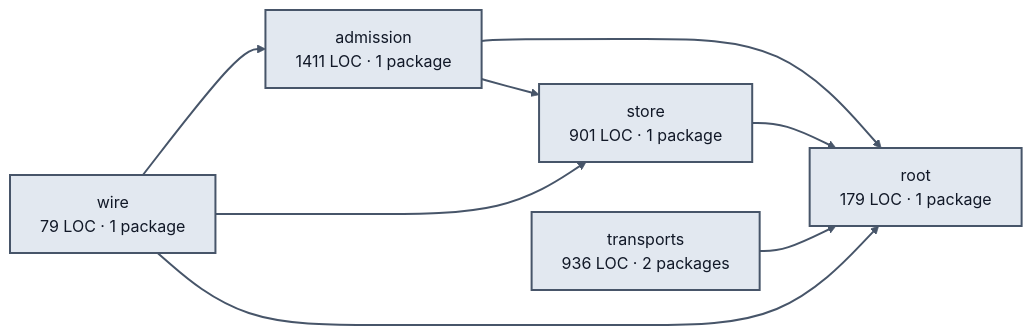
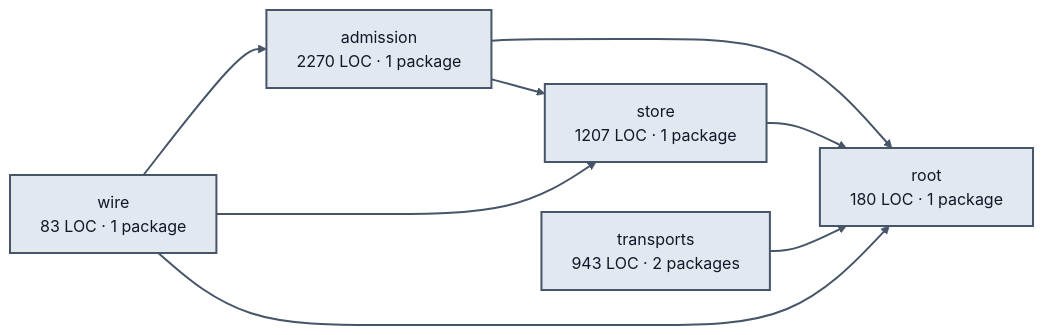
One commit to portpowered/you-agent-factory changed the diagram in docs/architecture/visualizations/services/agent_messages.md. Above: the diagram before and after it, drawn with Mermaid. The commit also changed other lines of this file and 21 other files, not shown here.

Commit message:
docs: refresh backend architecture visualizations

````diff
--- a/docs/architecture/visualizations/services/agent_messages.md
+++ b/docs/architecture/visualizations/services/agent_messages.md
@@ -11,21 +11,21 @@
 ```mermaid
 flowchart LR
-  p0["admission<br/>1411 LOC · 1 package"]
-  p1["store<br/>901 LOC · 1 package"]
-  p2["root<br/>179 LOC · 1 package"]
-  p3["transports<br/>936 LOC · 2 packages"]
-  p4["wire<br/>79 LOC · 1 package"]
+  p0["admission<br/>2270 LOC · 1 package"]
+  p1["store<br/>1207 LOC · 1 package"]
+  p2["root<br/>180 LOC · 1 package"]
+  p3["transports<br/>943 LOC · 2 packages"]
+  p4["wire<br/>83 LOC · 1 package"]
   p0 --> p1
   p0 --> p2
   p1 --> p2
   p3 --> p2
   p4 --> p0
   p4 --> p1
   p4 --> p2
   style p0 fill:#e2e8f0,stroke:#475569,stroke-width:2px,color:#111827
   style p1 fill:#e2e8f0,stroke:#475569,stroke-width:2px,color:#111827
   style p2 fill:#e2e8f0,stroke:#475569,stroke-width:2px,color:#111827
   style p3 fill:#e2e8f0,stroke:#475569,stroke-width:2px,color:#111827
   style p4 fill:#e2e8f0,stroke:#475569,stroke-width:2px,color:#111827
   linkStyle default stroke:#475569,stroke-width:2px
 ```
````
